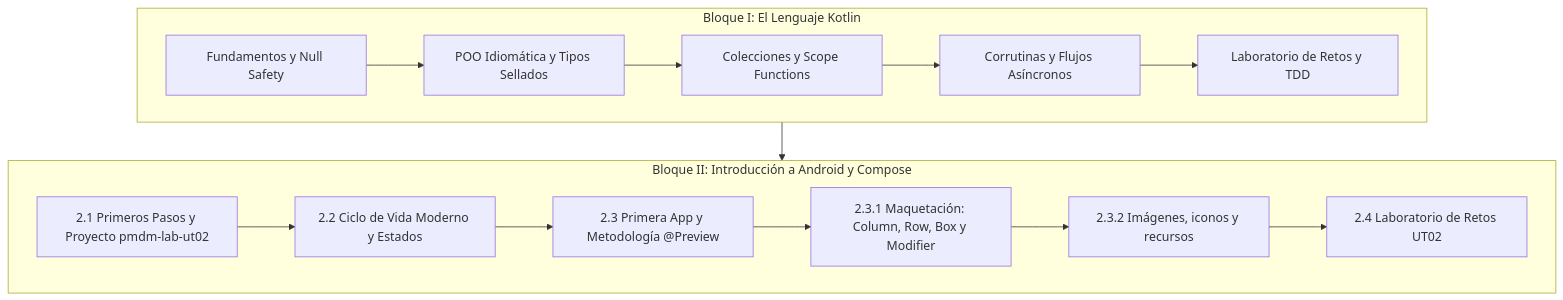
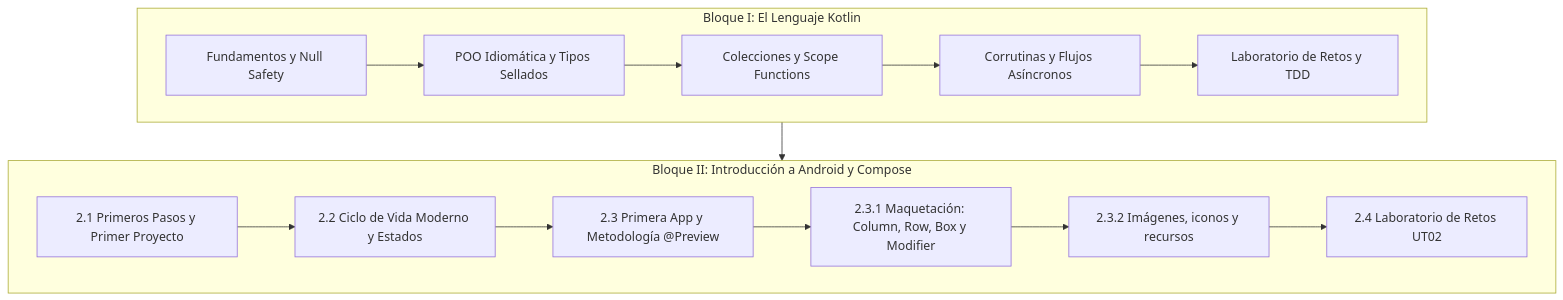
The diagram in docs/temas/02/index.md (jssdocente/pmdm2627d), drawn with Mermaid before and after one commit. The commit also changed other lines of this file and 86 other files, not shown here.

First line of the commit message:
docs(ut02): laboratorio progresivo en el repositorio pmdm2627-lab-ut2 con un tag por codelab

````diff
--- a/docs/temas/02/index.md
+++ b/docs/temas/02/index.md
@@ -13,19 +22,19 @@
 ```mermaid
 graph TD
     subgraph B1 ["Bloque I: El Lenguaje Kotlin"]
         K1["Fundamentos y Null Safety"] --> K2["POO Idiomática y Tipos Sellados"]
         K2 --> K3["Colecciones y Scope Functions"]
         K3 --> K4["Corrutinas y Flujos Asíncronos"]
         K4 --> K5["Laboratorio de Retos y TDD"]
     end
 
     subgraph B2 ["Bloque II: Introducción a Android y Compose"]
-        A1["2.1 Primeros Pasos y Proyecto pmdm-lab-ut02"] --> A2["2.2 Ciclo de Vida Moderno y Estados"]
+        A1["2.1 Primeros Pasos y Primer Proyecto"] --> A2["2.2 Ciclo de Vida Moderno y Estados"]
         A2 --> A3["2.3 Primera App y Metodología @Preview"]
         A3 --> A31["2.3.1 Maquetación: Column, Row, Box y Modifier"]
         A31 --> A32["2.3.2 Imágenes, iconos y recursos"]
         A32 --> A4["2.4 Laboratorio de Retos UT02"]
     end
 
     B1 --> B2
 ```
````
